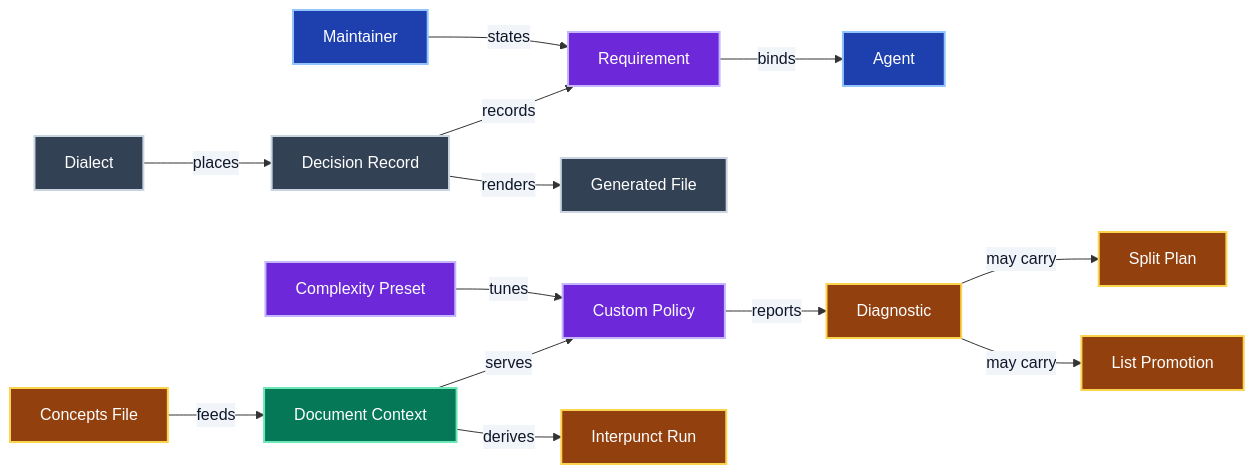
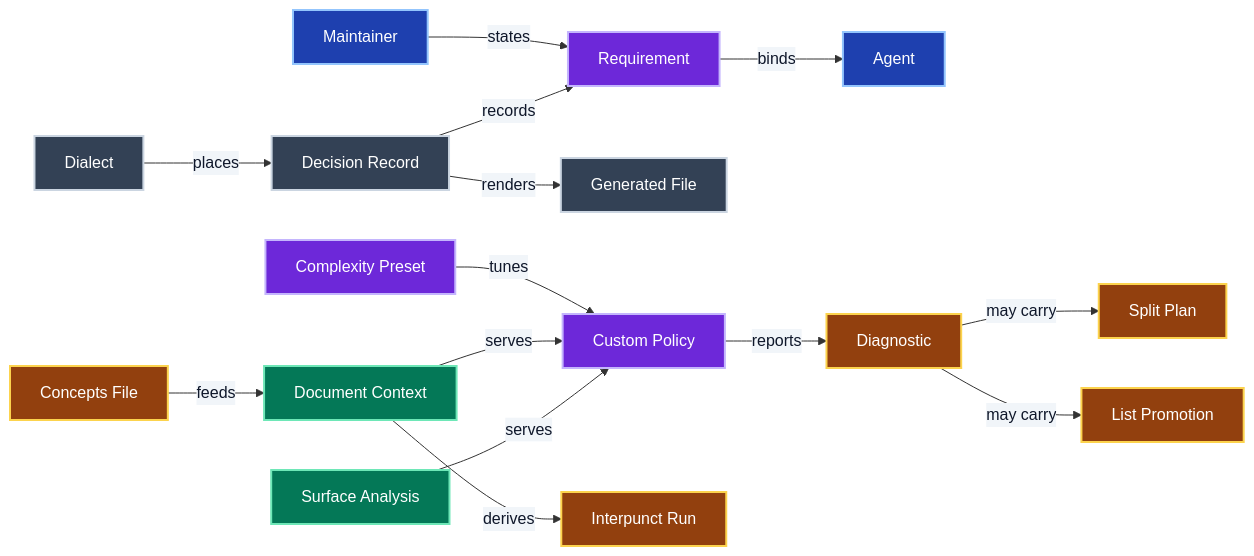
The diagram in GLOSSARY.md (jpeakai/remark-lint-slopstopper), drawn with Mermaid before and after one commit. The commit also changed other lines of this file and 6 other files, not shown here.

First line of the commit message:
[feat] RLSS-1 Reuse contrast surface analysis (#17)

````diff
--- a/GLOSSARY.md
+++ b/GLOSSARY.md
@@ -8,44 +8,46 @@
 ```mermaid
 ---
 config:
   themeVariables:
     edgeLabelBackground: '#f1f5f9'
 ---
 flowchart LR
     MNT["Maintainer"]:::people
     AGT["Agent"]:::people
     REQ["Requirement"]:::rule
     DRC["Decision Record"]:::record
     GEN["Generated File"]:::record
     DIA["Dialect"]:::record
     POL["Custom Policy"]:::rule
     PRE["Complexity Preset"]:::rule
     DOC["Document Context"]:::pipeline
     CON["Concepts File"]:::info
     DIG["Diagnostic"]:::info
     SPL["Split Plan"]:::info
     IPR["Interpunct Run"]:::info
     LPR["List Promotion"]:::info
+    SFA["Surface Analysis"]:::pipeline
 
     MNT -- states --> REQ
     REQ -- binds --> AGT
     DRC -- records --> REQ
     DRC -- renders --> GEN
     DIA -- places --> DRC
     PRE -- tunes --> POL
     CON -- feeds --> DOC
     DOC -- serves --> POL
     POL -- reports --> DIG
     DIG -- may carry --> SPL
     DOC -- derives --> IPR
     DIG -- may carry --> LPR
+    SFA -- serves --> POL
 
     linkStyle default color:#0f172a
 
     classDef people    fill:#1e40af,stroke:#93c5fd,color:#fff,stroke-width:2px
     classDef info      fill:#92400e,stroke:#fcd34d,color:#fff,stroke-width:2px
     classDef rule      fill:#6d28d9,stroke:#c4b5fd,color:#fff,stroke-width:2px
     classDef forbidden fill:#b91c1c,stroke:#fca5a5,color:#fff,stroke-width:2px
     classDef pipeline  fill:#047857,stroke:#6ee7b7,color:#fff,stroke-width:2px
     classDef record    fill:#334155,stroke:#cbd5e1,color:#fff,stroke-width:2px
 ```
````
